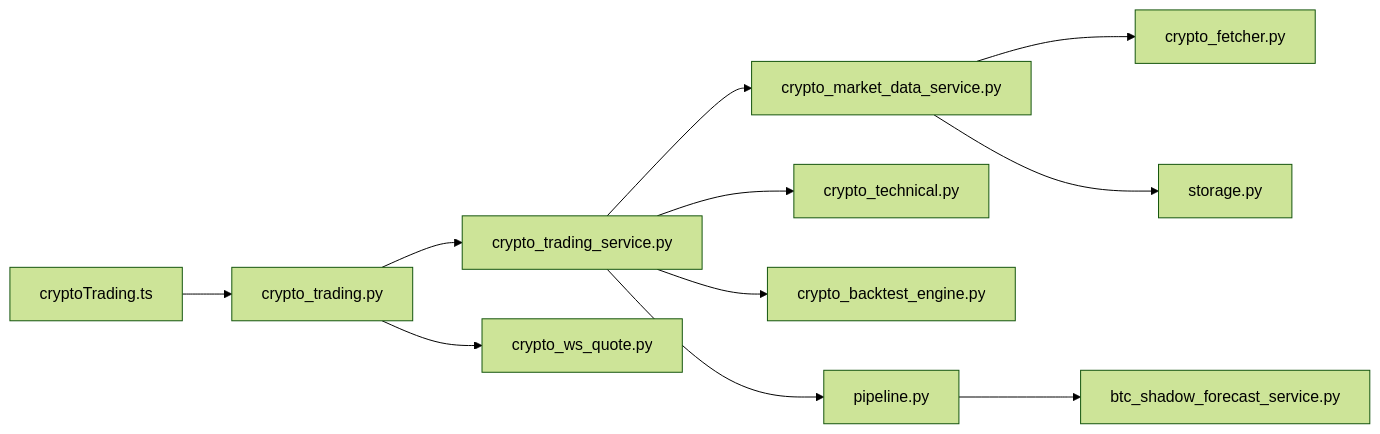
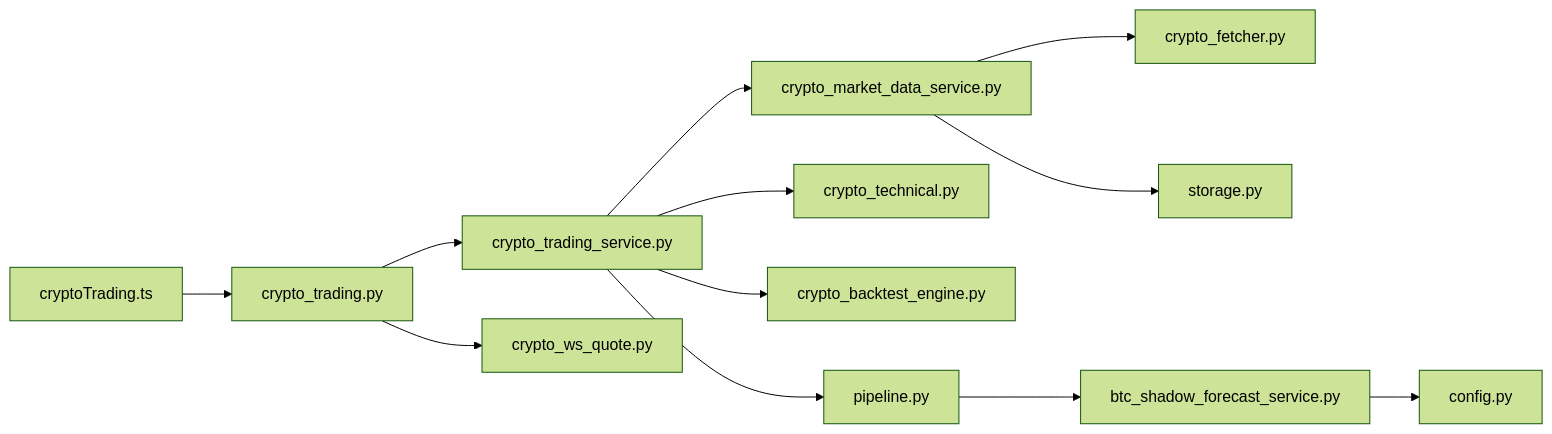
One commit to anYaoooo/daily_stock_analysis changed diagram 15 of 15 in .qoder/repowiki/zh/content/API参考文档/加密货币交易API.md. Above: the diagram before and after it, drawn with Mermaid (forest theme). The commit also changed other lines of this file and 39 other files, not shown here.

````diff
--- a/.qoder/repowiki/zh/content/API参考文档/加密货币交易API.md
+++ b/.qoder/repowiki/zh/content/API参考文档/加密货币交易API.md
@@ -554,13 +627,14 @@
 ```mermaid
 graph LR
 FE_API["cryptoTrading.ts"] --> API["crypto_trading.py"]
 API --> SVC["crypto_trading_service.py"]
 SVC --> CMD["crypto_market_data_service.py"]
 CMD --> DF["crypto_fetcher.py"]
 CMD --> DB["storage.py"]
 SVC --> TECH["crypto_technical.py"]
 SVC --> BT["crypto_backtest_engine.py"]
 API --> WS["crypto_ws_quote.py"]
 SVC --> PIPELINE["pipeline.py"]
 PIPELINE --> SHADOW["btc_shadow_forecast_service.py"]
+SHADOW --> CONFIG["config.py"]
 ```
````
